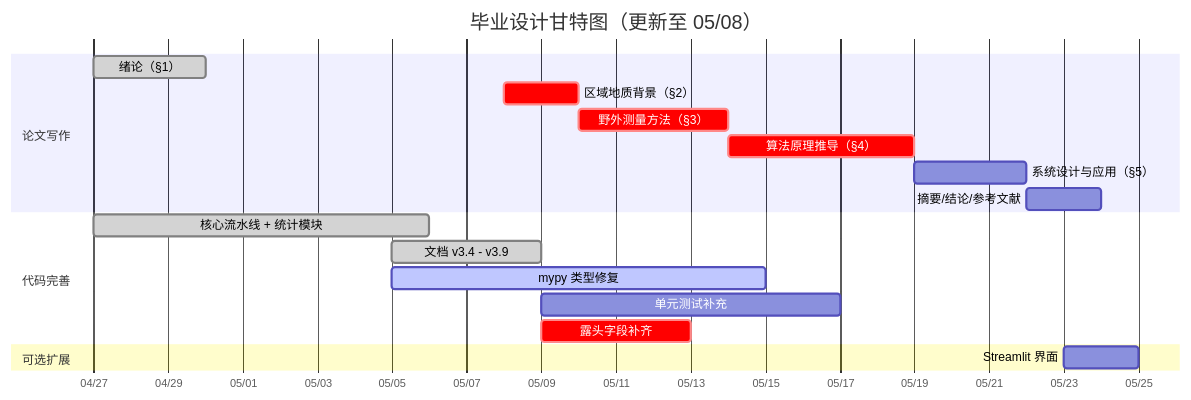
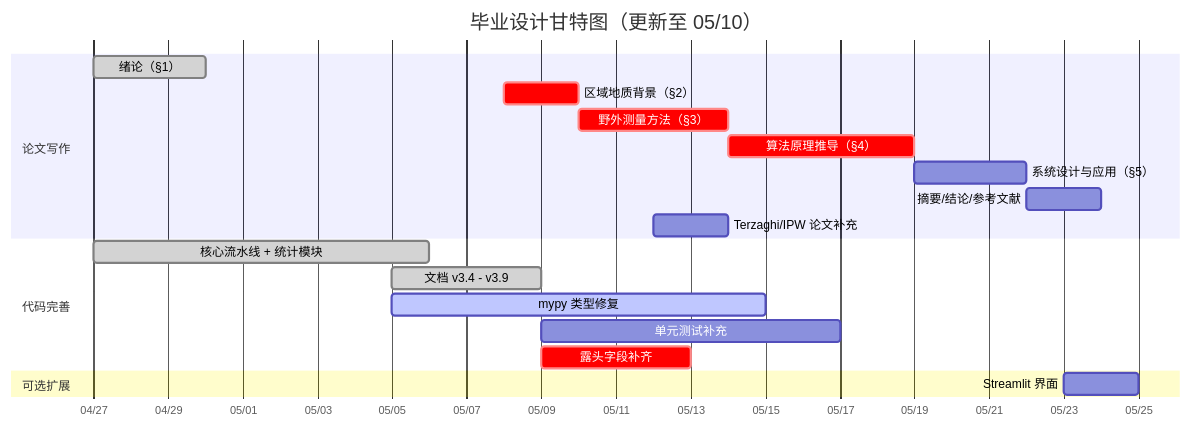
The diagram in reference/毕业设计任务流程与预期成果.md (zylyes/TracePipeline), drawn with Mermaid before and after one commit. The commit also changed other lines of this file and 10 other files, not shown here.

````diff
--- a/reference/毕业设计任务流程与预期成果.md
+++ b/reference/毕业设计任务流程与预期成果.md
@@ -241,24 +251,25 @@
 ```mermaid
 gantt
-    title 毕业设计甘特图（更新至 05/08）
+    title 毕业设计甘特图（更新至 05/10）
     dateFormat  YYYY-MM-DD
     axisFormat  %m/%d
 
     section 论文写作
     绪论（§1）               :done, a0, 2026-04-27, 3d
     区域地质背景（§2）        :crit, a1, 2026-05-08, 2d
-    野外测量方法（§3）        :crit, a2, after a1, 4d
-    算法原理推导（§4）        :crit, a3, after a2, 5d
-    系统设计与应用（§5）      :a4, after a3, 3d
+    野外测量方法（§3）        :crit, a2, 2026-05-10, 4d
+    算法原理推导（§4）        :crit, a3, 2026-05-14, 5d
+    系统设计与应用（§5）      :a4, 2026-05-19, 3d
     摘要/结论/参考文献        :a5, after a4, 2d
+    Terzaghi/IPW 论文补充     :b7, 2026-05-12, 2d
 
     section 代码完善
     核心流水线 + 统计模块     :done, b0, 2026-04-27, 9d
     文档 v3.4 - v3.9          :done, d0, 2026-05-05, 4d
     mypy 类型修复             :active, b6, 2026-05-05, 10d
     单元测试补充              :b4, 2026-05-09, 8d
     露头字段补齐              :crit, d2, 2026-05-09, 4d
 
     section 可选扩展
     Streamlit 界面            :c1, 2026-05-23, 2d
 ```
````
